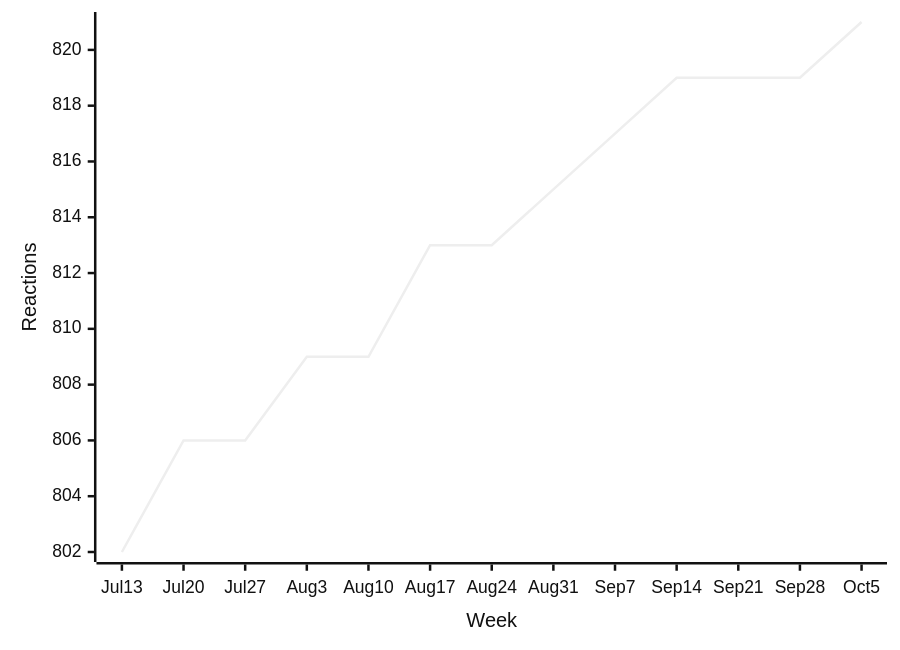
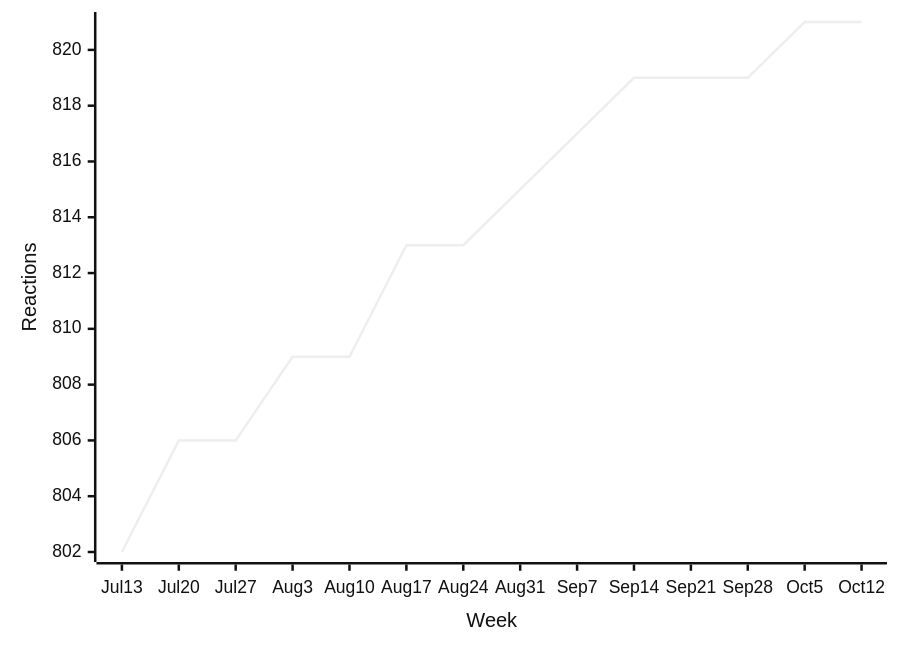
One commit to loic-sharma/github-insights changed the fourth of 35 diagrams in README.md. Above: the diagram before and after it, drawn with Mermaid (neutral theme). The commit also changed other lines of this file and 3 other files, not shown here.

````diff
--- a/README.md
+++ b/README.md
@@ -375,6 +375,6 @@
   ```mermaid
   xychart-beta
-    x-axis "Week" [Jul 13, Jul 20, Jul 27, Aug 3, Aug 10, Aug 17, Aug 24, Aug 31, Sep 7, Sep 14, Sep 21, Sep 28, Oct 5]
+    x-axis "Week" [Jul 13, Jul 20, Jul 27, Aug 3, Aug 10, Aug 17, Aug 24, Aug 31, Sep 7, Sep 14, Sep 21, Sep 28, Oct 5, Oct 12]
     y-axis "Reactions"
-    line [802, 806, 806, 809, 809, 813, 813, 815, 817, 819, 819, 819, 821]
+    line [802, 806, 806, 809, 809, 813, 813, 815, 817, 819, 819, 819, 821, 821]
   ```
````
